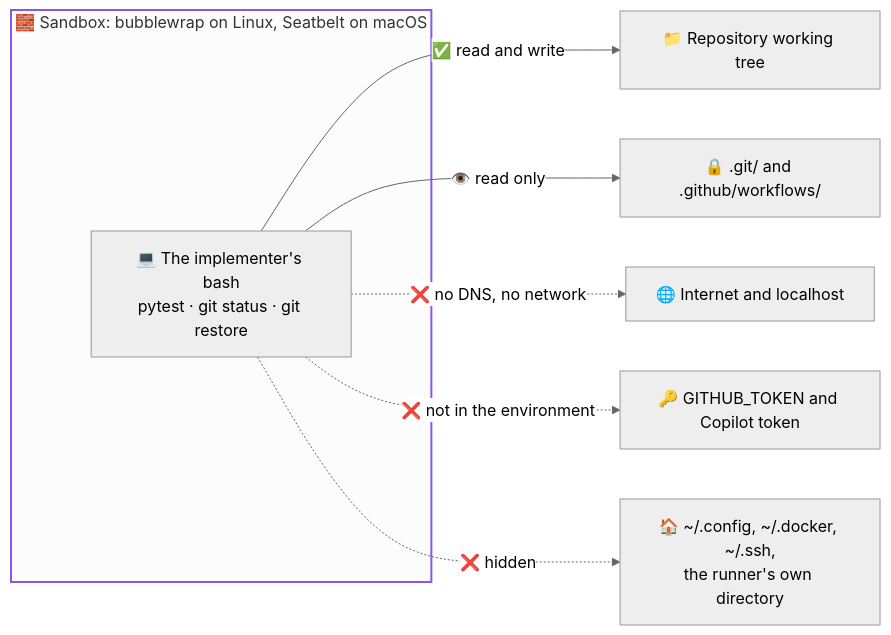
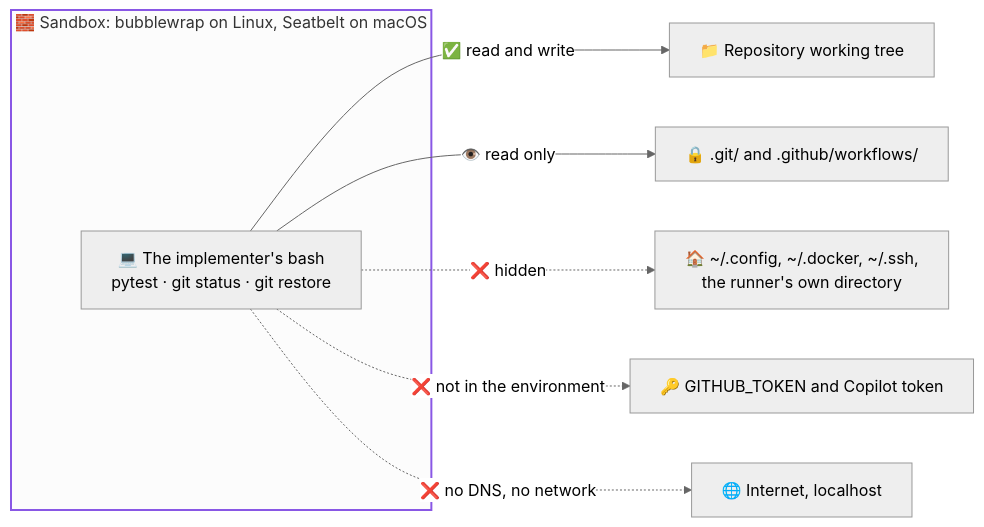
One commit to jeffrey-groneberg/issue-implementer changed the seventh of 10 diagrams in README.md. Above: the diagram before and after it, drawn with Mermaid (neutral theme). The commit also changed other lines of this file, not shown here.

First line of the commit message:
docs: keep diagram labels on one line and compact tall diagrams

````diff
--- a/README.md
+++ b/README.md
@@ -255,13 +253,14 @@
 ```mermaid
+%%{init: {"flowchart": {"wrappingWidth": 320}}}%%
 flowchart LR
     subgraph SB["🧱 Sandbox: bubblewrap on Linux, Seatbelt on macOS"]
         SH["💻 The implementer's bash<br/>pytest · git status · git restore"]
     end
     SH -->|"✅ read and write"| WT["📁 Repository working tree"]
     SH -->|"👁️ read only"| RO["🔒 .git/ and .github/workflows/"]
-    SH -.->|"❌ no DNS, no network"| NET["🌐 Internet and localhost"]
+    SH -.->|"❌ hidden"| HOME["🏠 ~/.config, ~/.docker, ~/.ssh,<br/>the runner's own directory"]
     SH -.->|"❌ not in the environment"| TOK["🔑 GITHUB_TOKEN and Copilot token"]
-    SH -.->|"❌ hidden"| HOME["🏠 ~/.config, ~/.docker, ~/.ssh,<br/>the runner's own directory"]
+    SH -.->|"❌ no DNS, no network"| NET["🌐 Internet, localhost"]
 
     style SB stroke:#8957e5,stroke-width:2px
 ```
````
